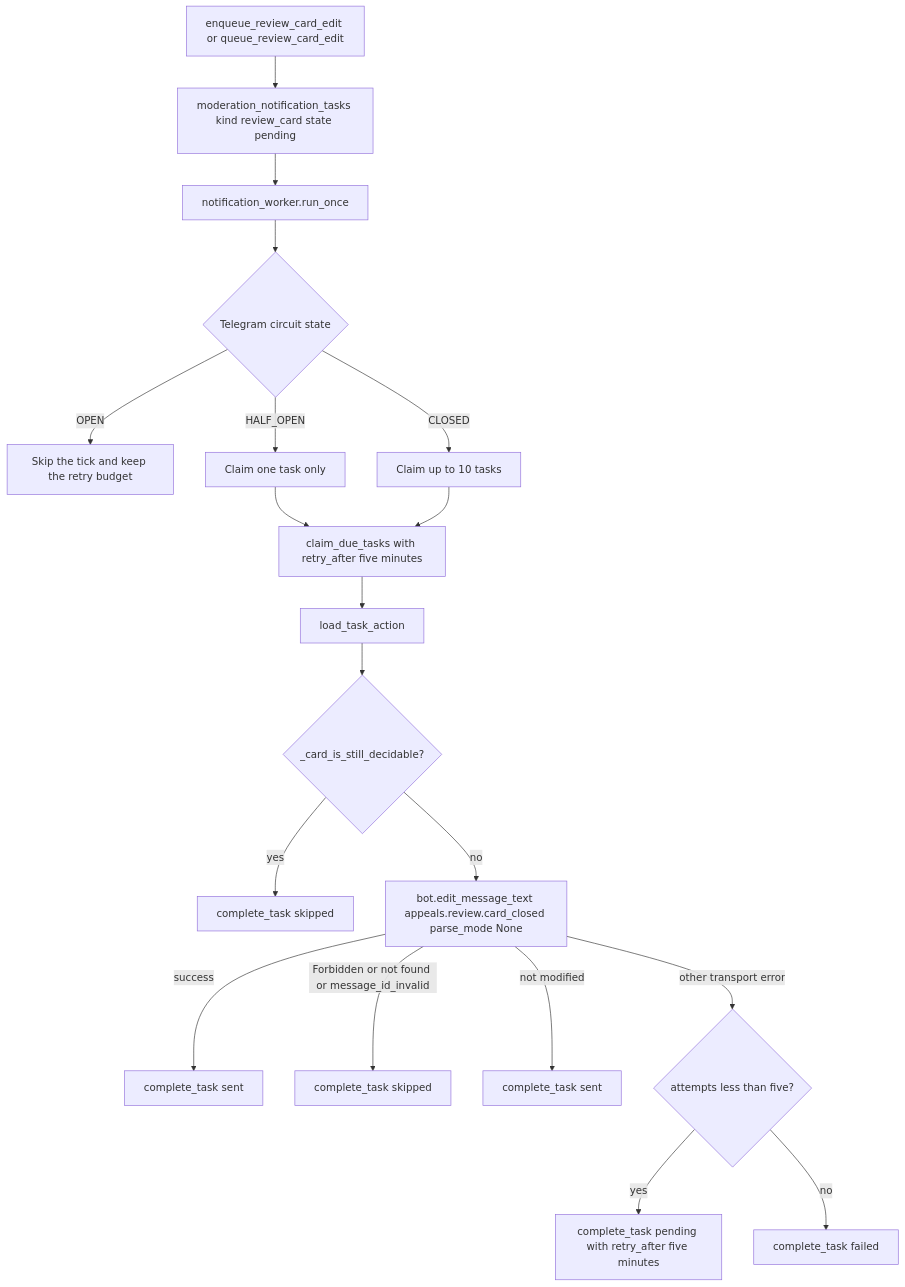
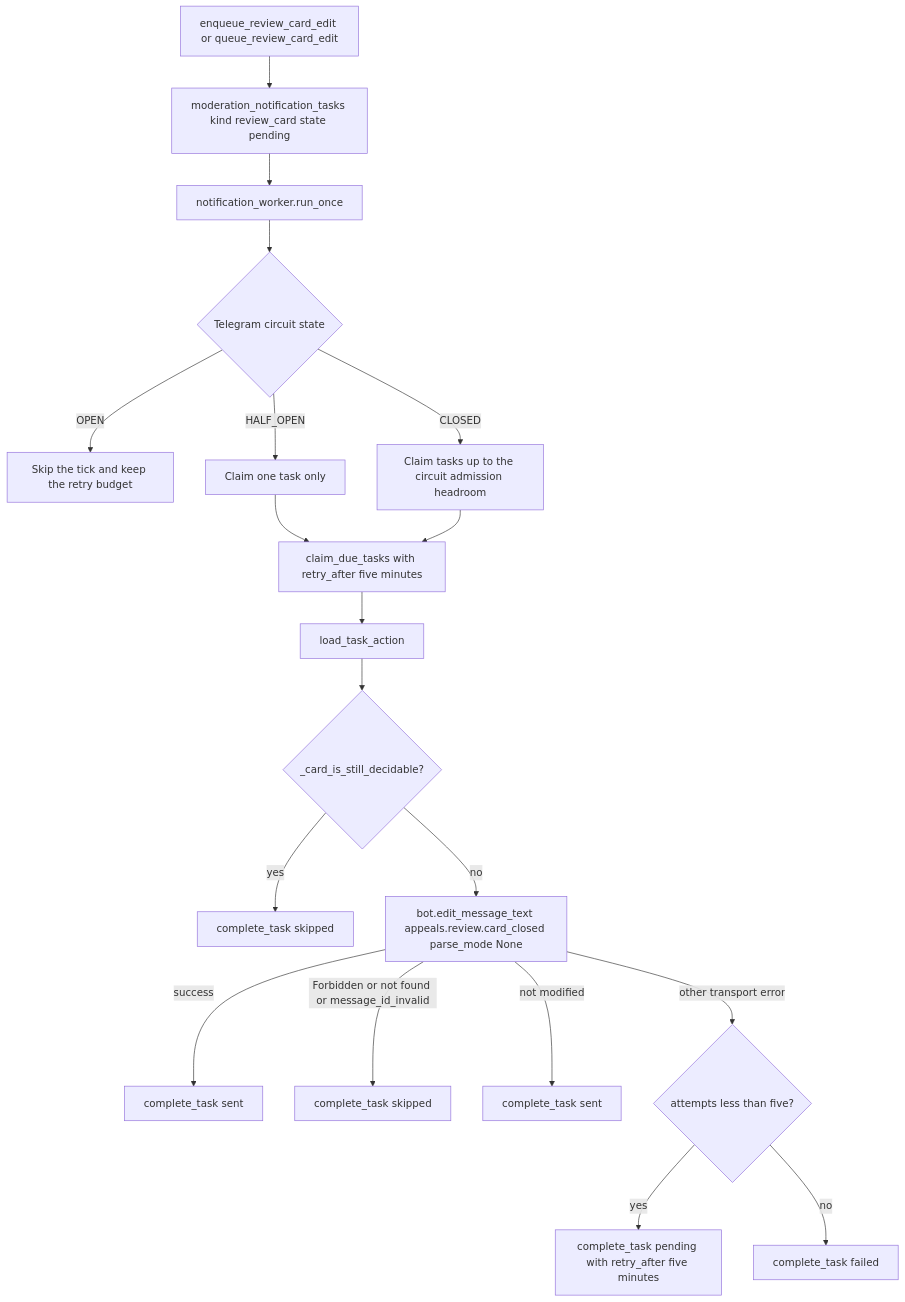
The fourth of 4 diagrams in docs/flows/appeals.md (D1ZZY4/tcbot), drawn with Mermaid before and after one commit. The commit also changed 10 other files, not shown here.

First line of the commit message:
docs: align flow guides and comments with shipped behavior

````diff
--- a/docs/flows/appeals.md
+++ b/docs/flows/appeals.md
@@ -204,21 +204,21 @@
 ```mermaid
 flowchart TD
     ENQUEUE[enqueue_review_card_edit or queue_review_card_edit] --> ROW[moderation_notification_tasks kind review_card state pending]
     ROW --> TICK[notification_worker.run_once]
     TICK --> CB{Telegram circuit state}
     CB -->|OPEN| PAUSE[Skip the tick and keep the retry budget]
     CB -->|HALF_OPEN| ONE[Claim one task only]
-    CB -->|CLOSED| TEN[Claim up to 10 tasks]
+    CB -->|CLOSED| TEN[Claim tasks up to the circuit admission headroom]
     ONE --> CLAIM[claim_due_tasks with retry_after five minutes]
     TEN --> CLAIM
     CLAIM --> LOAD[load_task_action]
     LOAD --> LIVE{_card_is_still_decidable?}
     LIVE -->|yes| SKIP[complete_task skipped]
     LIVE -->|no| EDIT[bot.edit_message_text appeals.review.card_closed parse_mode None]
     EDIT -->|success| SENT[complete_task sent]
     EDIT -->|Forbidden or not found or message_id_invalid| SKIPPED[complete_task skipped]
     EDIT -->|not modified| OK[complete_task sent]
     EDIT -->|other transport error| RETRY{attempts less than five?}
     RETRY -->|yes| PENDING[complete_task pending with retry_after five minutes]
     RETRY -->|no| FAILED[complete_task failed]
 ```
````
